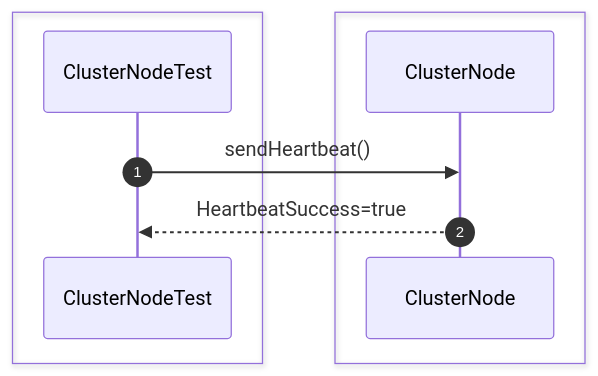
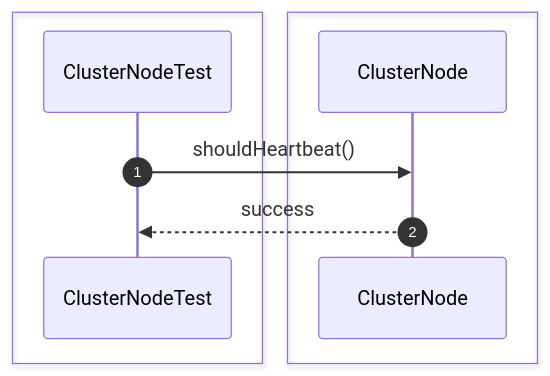
Before and after one commit to Huy1801214/dbms-architecture: diagram 15 of 26 in src/sequence/replication.md, drawn with Mermaid. The commit also changed other lines of this file and 68 other files, not shown here.

Commit message:
implement comprehensive unit test suite and architectural sequence documentation

````diff
--- a/src/sequence/replication.md
+++ b/src/sequence/replication.md
@@ -268,14 +218,13 @@
 ```mermaid
 sequenceDiagram
     autonumber
-
     box #e1f5fe Test Suite
     participant Test as ClusterNodeTest
     end
-    box #ffebee Replication Components
-    participant Node as ClusterNode
+    box #e3f2fd ClusterNode Component
+    participant CN as ClusterNode
     end
 
-    Test->>Node: sendHeartbeat()
-    Node-->>Test: HeartbeatSuccess=true
+    Test->>CN: shouldHeartbeat()
+    CN-->>Test: success
 ```
````
